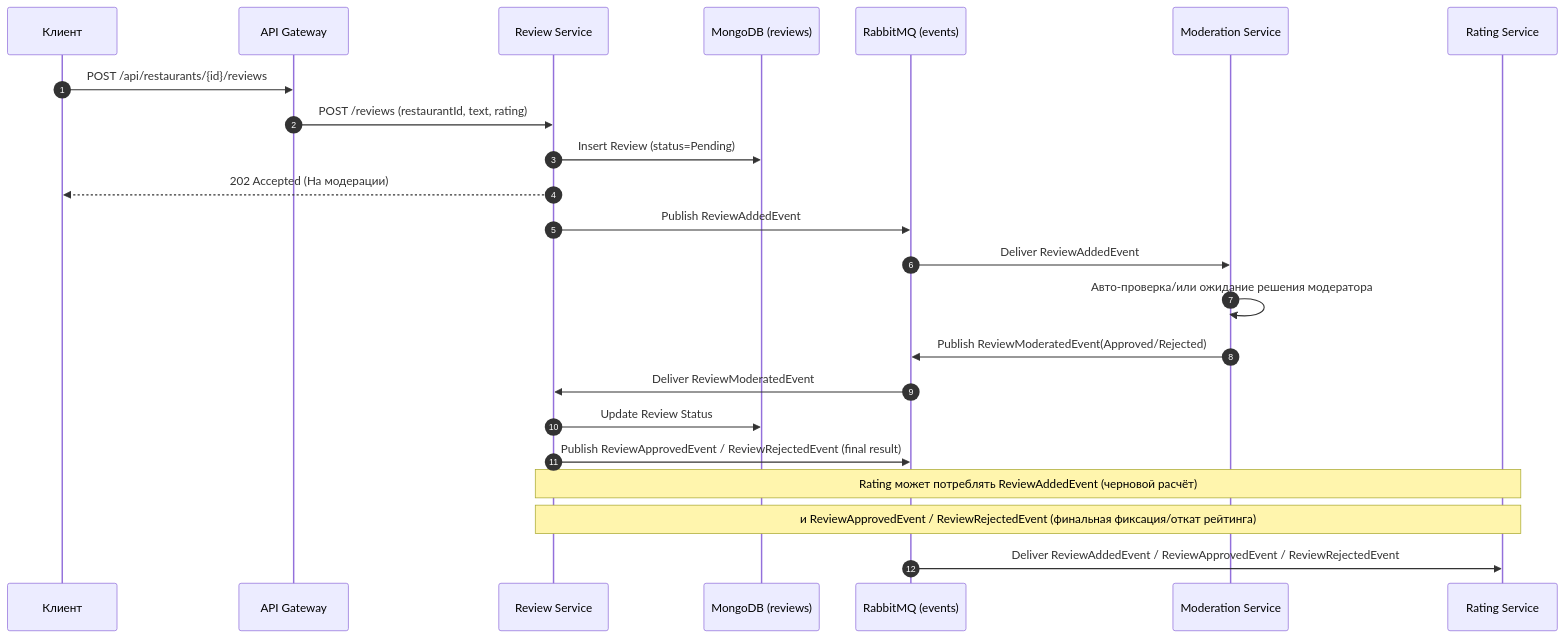
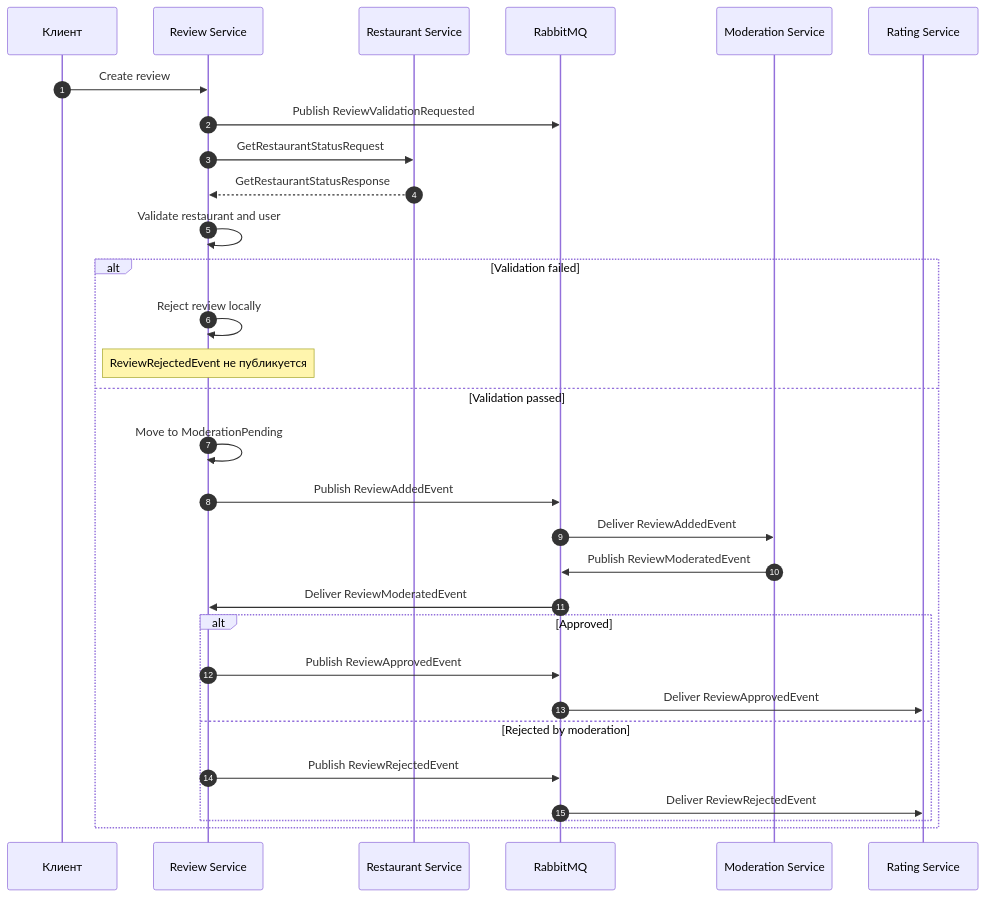
Before and after one commit to bagermoon/otuscode: the third of 3 diagrams in docs/services/ReviewService.md, drawn with Mermaid. The commit also changed other lines of this file and 9 other files, not shown here.

Commit message:
docs(services): update service documentation and diagrams

````diff
--- a/docs/services/ReviewService.md
+++ b/docs/services/ReviewService.md
@@ -140,29 +64,35 @@
 ```mermaid
 sequenceDiagram
     autonumber
     participant C as Клиент
-    participant GW as API Gateway
-    participant RV as Review Service
-    participant DBR as MongoDB (reviews)
-    participant MQ as RabbitMQ (events)
-    participant MS as Moderation Service
-    participant RT as Rating Service
+    participant REV as Review Service
+    participant REST as Restaurant Service
+    participant MQ as RabbitMQ
+    participant MOD as Moderation Service
+    participant RAT as Rating Service
 
-    C->>GW: POST /api/restaurants/{id}/reviews
-    GW->>RV: POST /reviews (restaurantId, text, rating)
-    RV->>DBR: Insert Review (status=Pending)
-    RV-->>C: 202 Accepted (На модерации)
-    RV->>MQ: Publish ReviewAddedEvent
+    C->>REV: Create review
+    REV->>MQ: Publish ReviewValidationRequested
+    REV->>REST: GetRestaurantStatusRequest
+    REST-->>REV: GetRestaurantStatusResponse
+    REV->>REV: Validate restaurant and user
 
-    MQ->>MS: Deliver ReviewAddedEvent
-    MS->>MS: Авто-проверка/или ожидание решения модератора
-    MS->>MQ: Publish ReviewModeratedEvent(Approved/Rejected)
+    alt Validation failed
+        REV->>REV: Reject review locally
+        Note over REV: ReviewRejectedEvent не публикуется
+    else Validation passed
+        REV->>REV: Move to ModerationPending
+        REV->>MQ: Publish ReviewAddedEvent
+        MQ->>MOD: Deliver ReviewAddedEvent
+        MOD->>MQ: Publish ReviewModeratedEvent
+        MQ->>REV: Deliver ReviewModeratedEvent
 
-    MQ->>RV: Deliver ReviewModeratedEvent
-    RV->>DBR: Update Review Status
-    RV->>MQ: Publish ReviewApprovedEvent / ReviewRejectedEvent (final result)
-
-    note over RV,RT: Rating может потреблять ReviewAddedEvent (черновой расчёт)
-    note over RV,RT: и ReviewApprovedEvent / ReviewRejectedEvent (финальная фиксация/откат рейтинга)
-    MQ->>RT: Deliver ReviewAddedEvent / ReviewApprovedEvent / ReviewRejectedEvent
+        alt Approved
+            REV->>MQ: Publish ReviewApprovedEvent
+            MQ->>RAT: Deliver ReviewApprovedEvent
+        else Rejected by moderation
+            REV->>MQ: Publish ReviewRejectedEvent
+            MQ->>RAT: Deliver ReviewRejectedEvent
+        end
+    end
 ```
````
